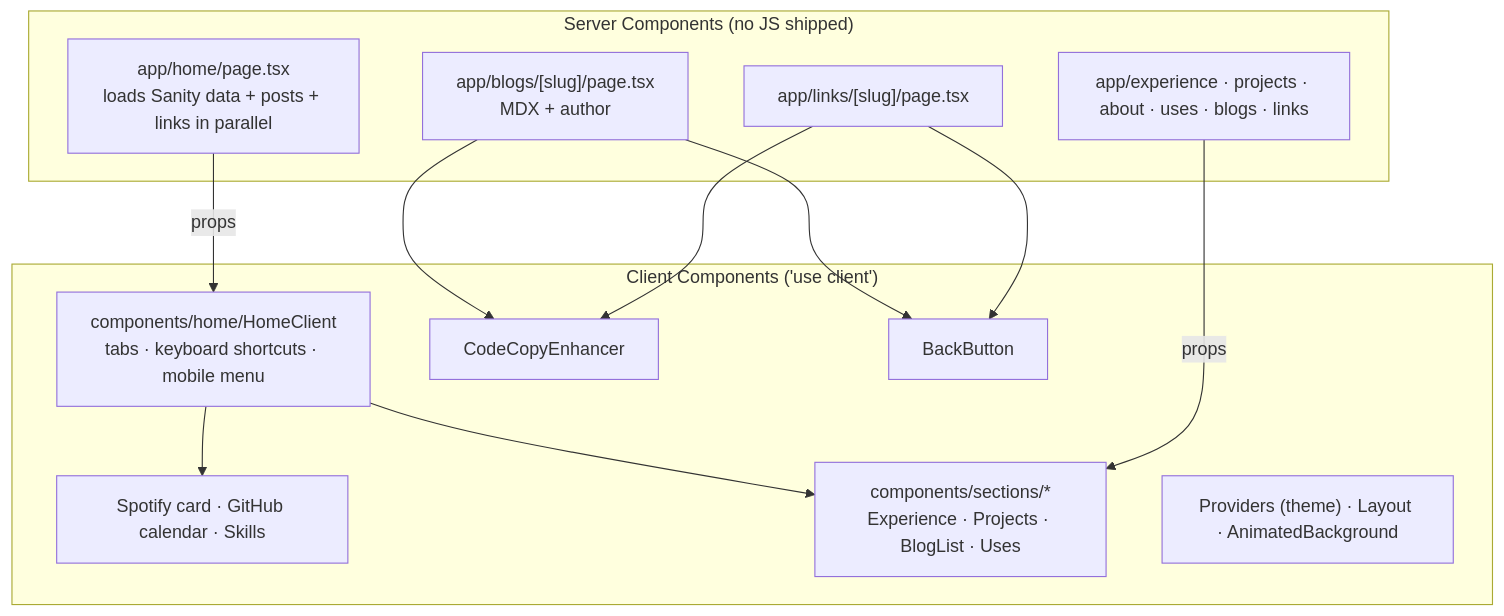
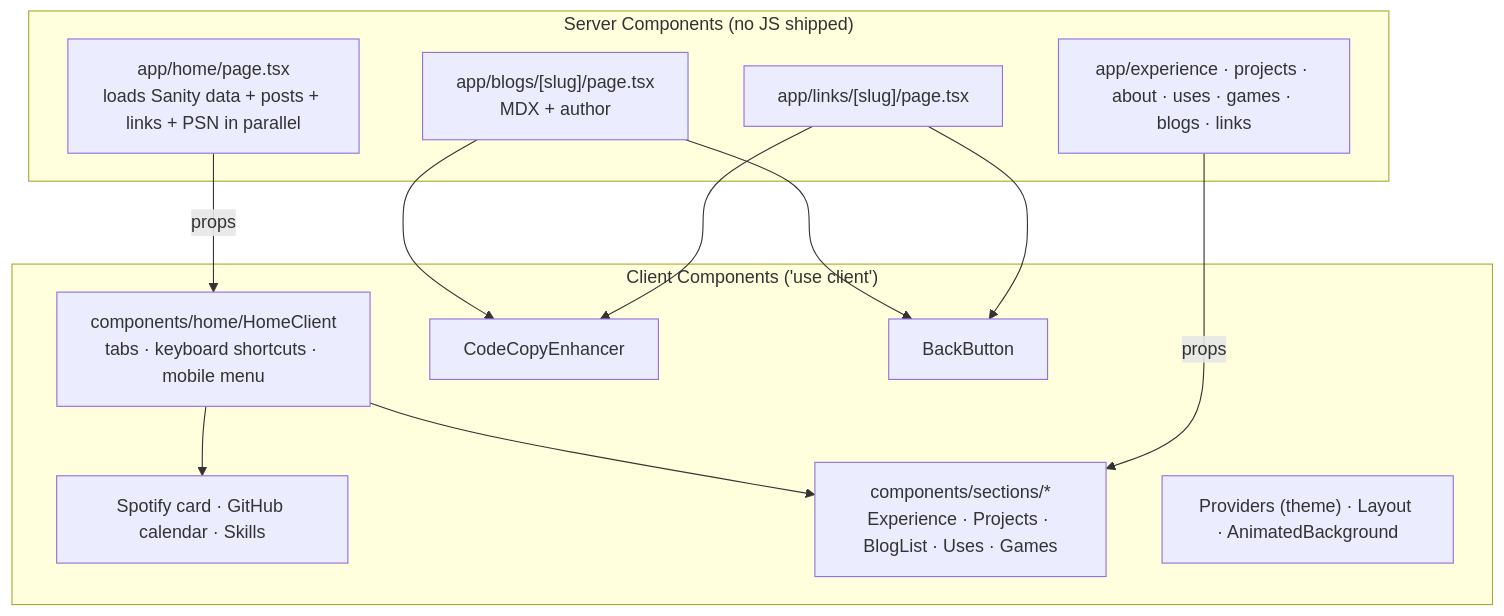
The second of 2 diagrams in docs/architecture.md (Pratham82/portfolio-v5), drawn with Mermaid before and after one commit. The commit also changed 3 other files, not shown here.

First line of the commit message:
docs: ✏️ document the PSN auth flow, endpoints and setup like Spotify

````diff
--- a/docs/architecture.md
+++ b/docs/architecture.md
@@ -45,27 +45,27 @@
 ```mermaid
 flowchart TB
     subgraph Server["Server Components (no JS shipped)"]
-        HomePage["app/home/page.tsx<br/>loads Sanity data + posts + links in parallel"]
+        HomePage["app/home/page.tsx<br/>loads Sanity data + posts + links + PSN in parallel"]
         BlogPage["app/blogs/[slug]/page.tsx<br/>MDX + author"]
         LinkPage["app/links/[slug]/page.tsx"]
-        SectionPages["app/experience · projects · about · uses · blogs · links"]
+        SectionPages["app/experience · projects · about · uses · games · blogs · links"]
     end
 
     subgraph Client["Client Components ('use client')"]
         HomeClient["components/home/HomeClient<br/>tabs · keyboard shortcuts · mobile menu"]
         Widgets["Spotify card · GitHub calendar · Skills"]
-        Sections["components/sections/*<br/>Experience · Projects · BlogList · Uses"]
+        Sections["components/sections/*<br/>Experience · Projects · BlogList · Uses · Games"]
         Copy["CodeCopyEnhancer"]
         Back["BackButton"]
         Shell["Providers (theme) · Layout · AnimatedBackground"]
     end
 
     HomePage -- props --> HomeClient
     HomeClient --> Widgets
     HomeClient --> Sections
     SectionPages -- props --> Sections
     BlogPage --> Copy
     BlogPage --> Back
     LinkPage --> Copy
     LinkPage --> Back
 ```
````
